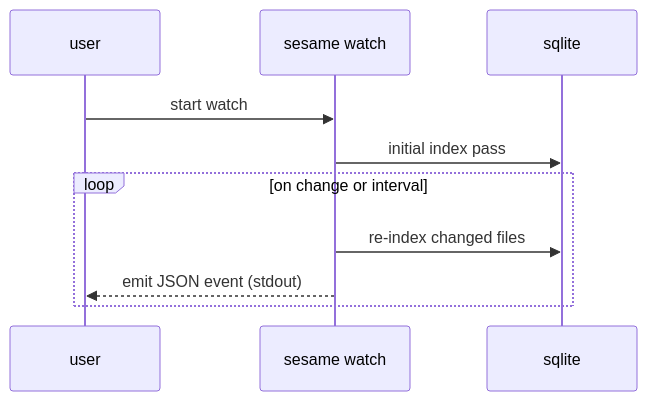
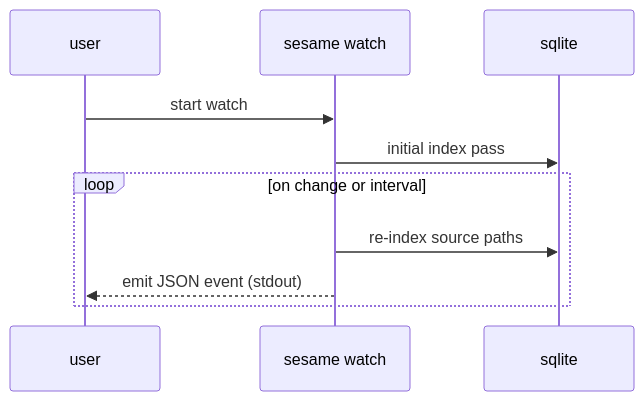
The diagram in docs/cli-usage.md (aliou/sesame), drawn with Mermaid before and after one commit. The commit also changed other lines of this file and 3 other files, not shown here.

````diff
--- a/docs/cli-usage.md
+++ b/docs/cli-usage.md
@@ -98,13 +144,13 @@
 ```mermaid
 sequenceDiagram
   participant U as user
   participant W as sesame watch
   participant DB as sqlite
 
   U->>W: start watch
   W->>DB: initial index pass
   loop on change or interval
-    W->>DB: re-index changed files
+    W->>DB: re-index source paths
     W-->>U: emit JSON event (stdout)
   end
 ```
````
